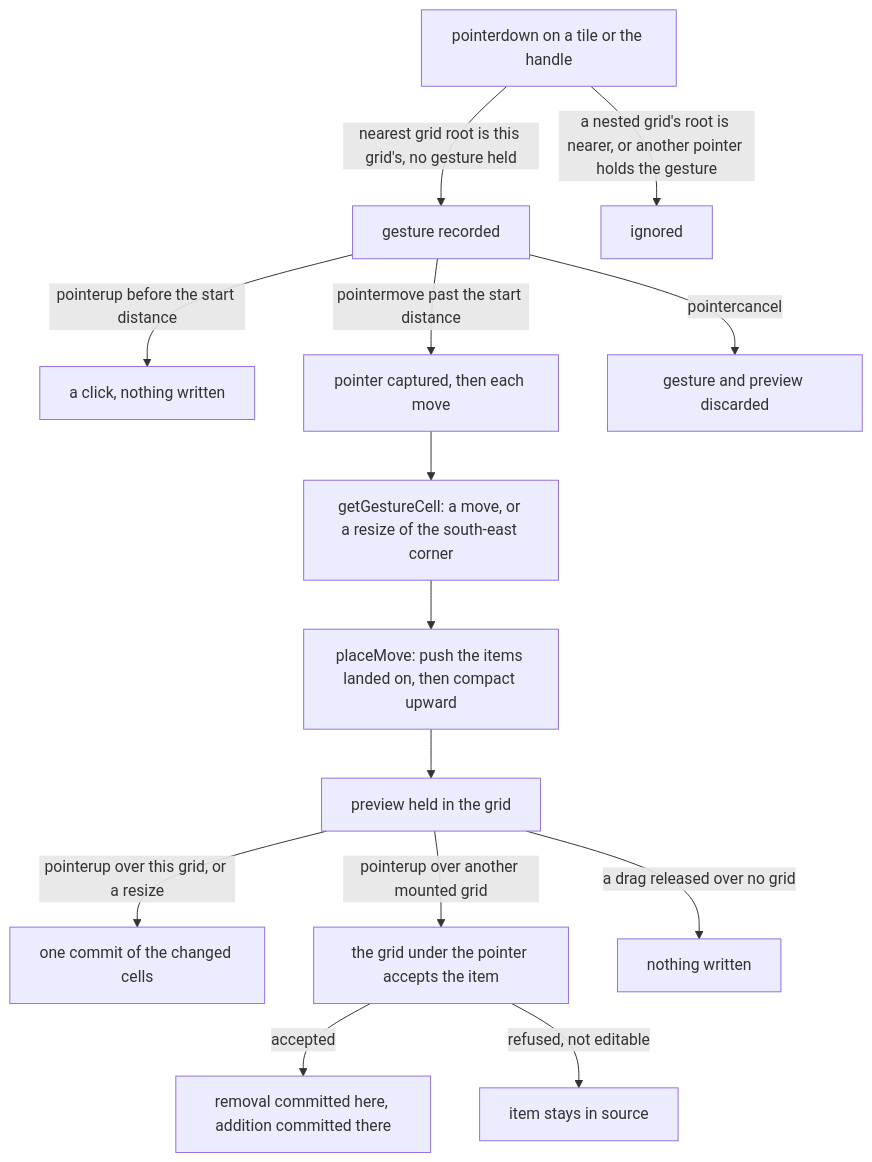
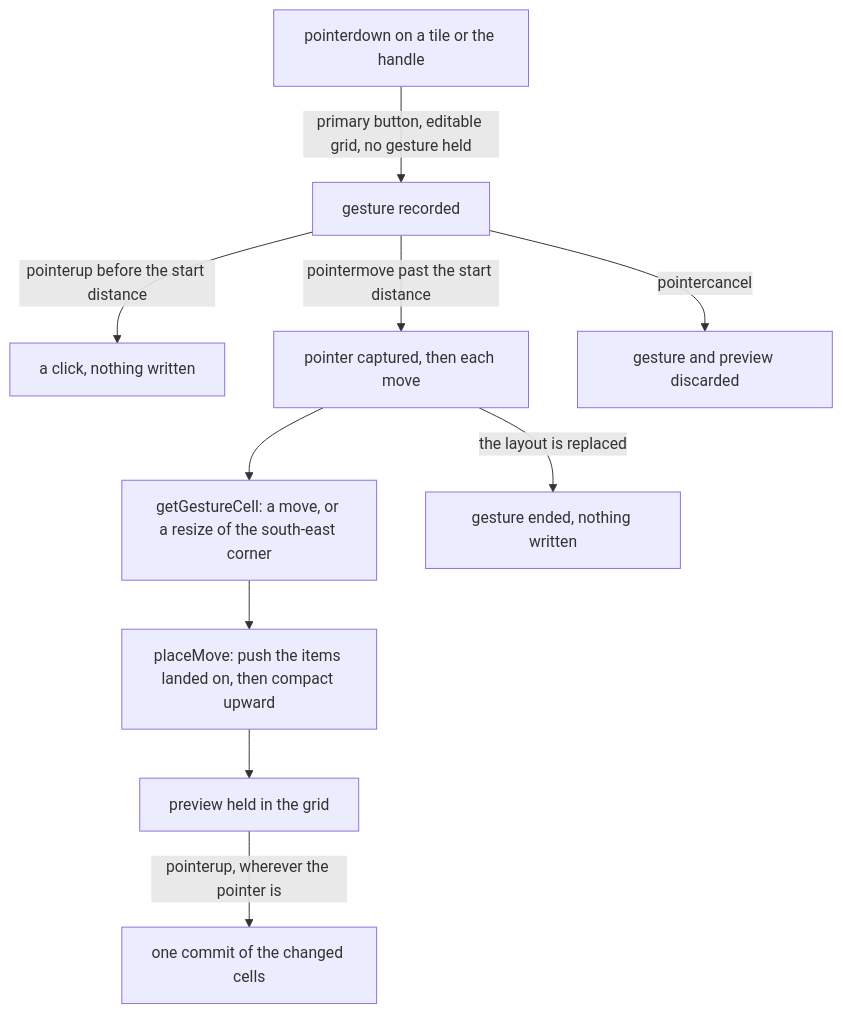
Before and after one commit to Esposter/Esposter: the diagram in openspec/specs/vue-grid-layout-headless/grid-layout/design.md, drawn with Mermaid. The commit also changed other lines of this file and 8 other files, not shown here.

First line of the commit message:
docs(openspec): cross-grid moves and nested grids are deferred, and a release commits the grid's own preview

````diff
--- a/openspec/specs/vue-grid-layout-headless/grid-layout/design.md
+++ b/openspec/specs/vue-grid-layout-headless/grid-layout/design.md
@@ -13,16 +13,12 @@
 ```mermaid
 flowchart TD
-  press["pointerdown on a tile or the handle"] -->|"nearest grid root is this grid's, no gesture held"| gesture["gesture recorded"]
-  press -->|"a nested grid's root is nearer, or another pointer holds the gesture"| ignored["ignored"]
+  press["pointerdown on a tile or the handle"] -->|"primary button, editable grid, no gesture held"| gesture["gesture recorded"]
   gesture -->|"pointerup before the start distance"| click["a click, nothing written"]
   gesture -->|"pointermove past the start distance"| captured["pointer captured, then each move"]
   captured --> cell["getGestureCell: a move, or a resize of the south-east corner"]
   cell --> place["placeMove: push the items landed on, then compact upward"]
   place --> preview["preview held in the grid"]
-  preview -->|"pointerup over this grid, or a resize"| commit["one commit of the changed cells"]
-  preview -->|"pointerup over another mounted grid"| handoff["the grid under the pointer accepts the item"]
-  handoff -->|"accepted"| transferred["removal committed here, addition committed there"]
-  handoff -->|"refused, not editable"| refused["item stays in source"]
-  preview -->|"a drag released over no grid"| dropped["nothing written"]
+  preview -->|"pointerup, wherever the pointer is"| commit["one commit of the changed cells"]
+  captured -->|"the layout is replaced"| ended["gesture ended, nothing written"]
   gesture -->|"pointercancel"| discarded["gesture and preview discarded"]
 ```
````
